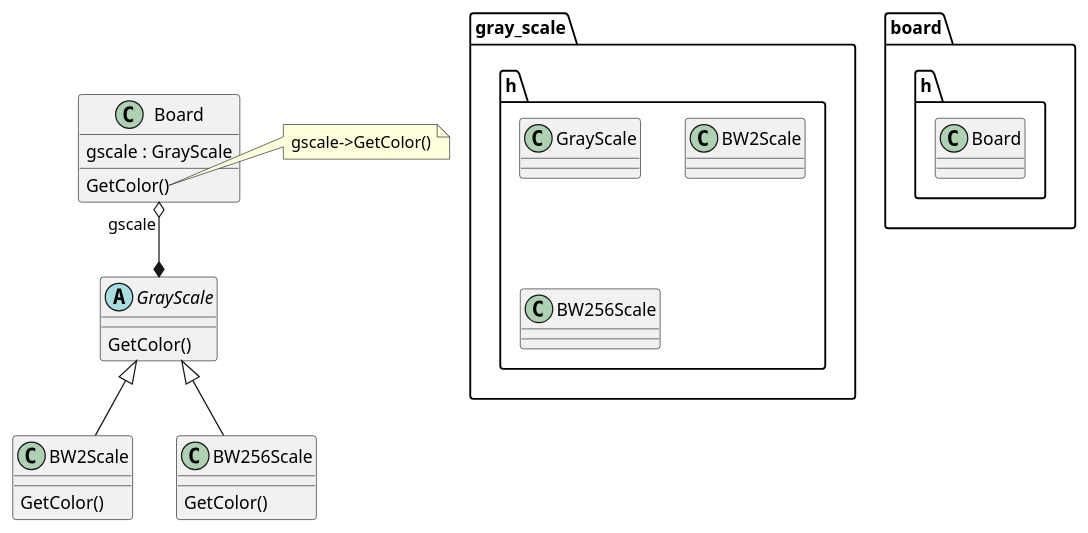
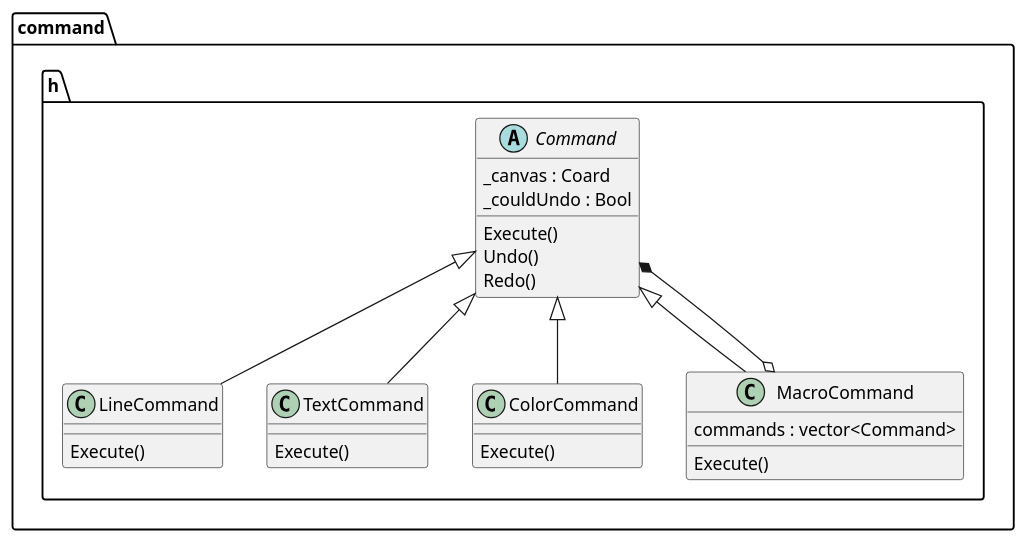
The fourth of 4 diagrams in Design.md (Farrrrland/Fudan_OOT_2022), drawn with PlantUML before and after one commit. The commit also changed other lines of this file, not shown here.

````diff
--- a/Design.md
+++ b/Design.md
@@ -145,34 +113,27 @@
 ```plantuml
 @startuml
-package gray_scale.h {
-    class GrayScale
-    class BW2Scale
-    class BW256Scale
+package command.h {
+    abstract class Command {
+        _canvas : Coard
+        _couldUndo : Bool
+        Execute()
+        Undo()
+        Redo()
+    }
+    class LineCommand extends Command {
+        Execute()
+    }
+    class TextCommand extends Command {
+        Execute()
+    }
+    class ColorCommand extends Command {
+        Execute()
+    }
+    class MacroCommand extends Command {
+        commands : vector<Command>
+        Execute()
+    }
 }
-abstract class GrayScale {
-    GetColor()
-}
-
-class BW2Scale extends GrayScale {
-    GetColor()
-}
-
-class BW256Scale extends GrayScale {
-    GetColor()
-}
-
-package board.h {
-    class Board
-}
-class Board {
-    gscale : GrayScale
-    GetColor()
-}
-Board "gscale" o--* GrayScale
-
-note right of Board::GetColor()
-    gscale->GetColor()
-endnote
-
+MacroCommand o--* Command
 @enduml
 ```
````
